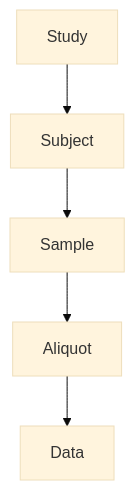
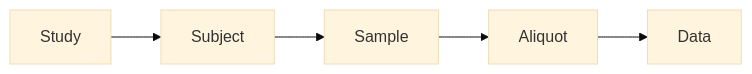
One commit to nault-research/pvatppg-commons-docs changed the second of 2 diagrams in docs/getting-started/walkthrough.md. Above: the diagram before and after it, drawn with Mermaid (base theme). The commit also changed other lines of this file and 11 other files, not shown here.

````diff
--- a/docs/getting-started/walkthrough.md
+++ b/docs/getting-started/walkthrough.md
@@ -115,7 +198,7 @@
 ```mermaid
-graph TD
+graph LR
 A[Study] --> B[Subject]
 B --> C[Sample]
 C --> D[Aliquot]
 D --> E[Data]
 ```
````
